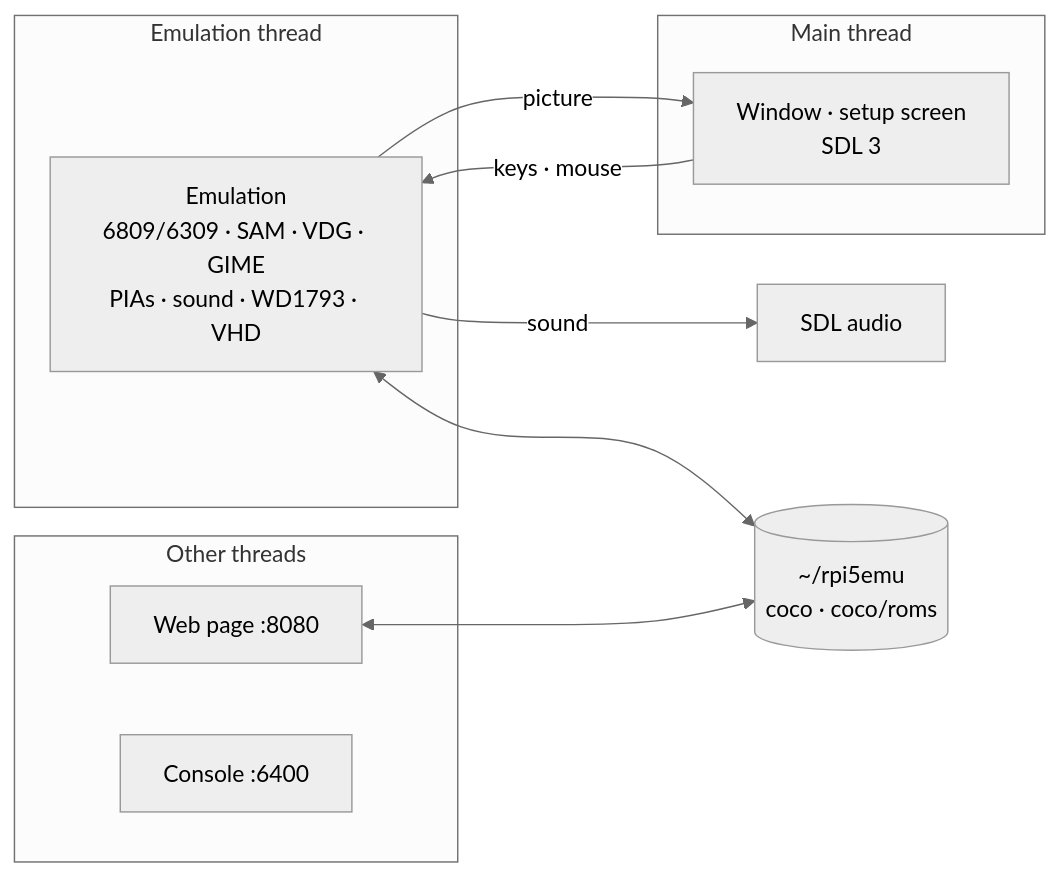
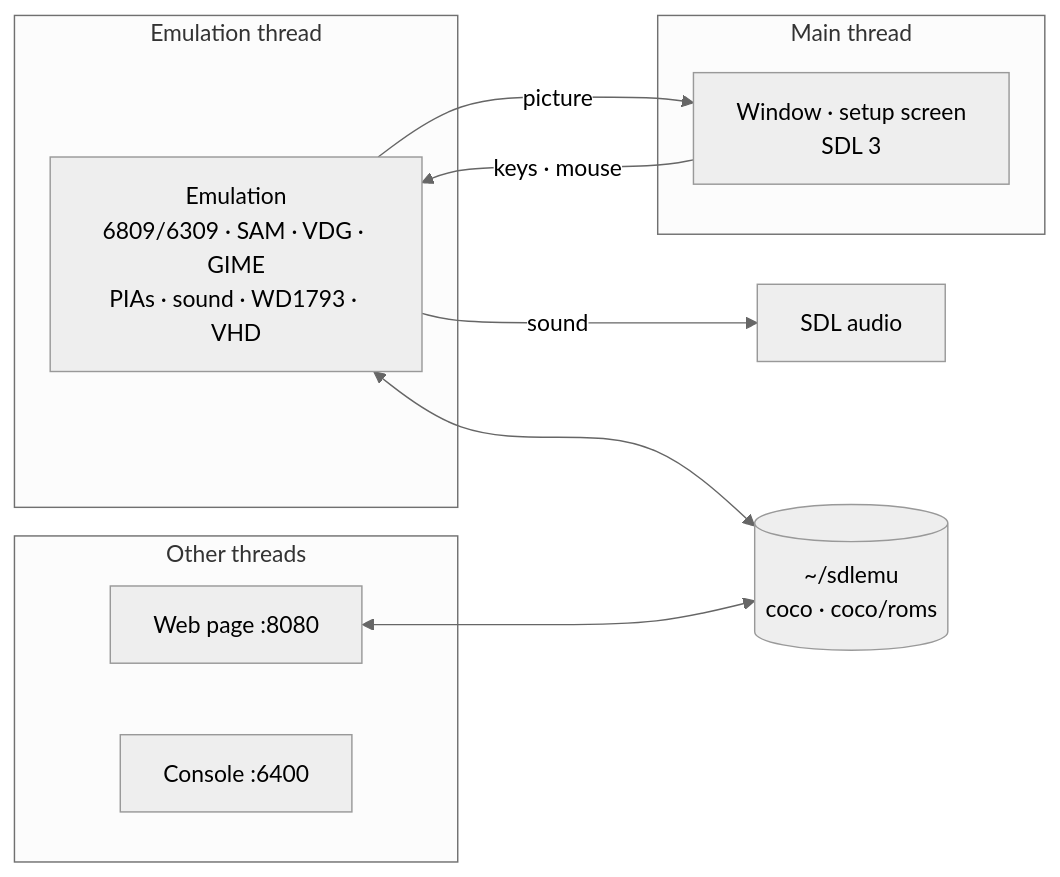
Before and after one commit to rlucencic/rpi5coco: the diagram in README.md, drawn with Mermaid (neutral theme). The commit also changed other lines of this file and 3 other files, not shown here.

````diff
--- a/README.md
+++ b/README.md
@@ -185,19 +182,19 @@
 ```mermaid
 flowchart LR
   subgraph emu [Emulation thread]
     EMU["Emulation<br>6809/6309 · SAM · VDG · GIME<br>PIAs · sound · WD1793 · VHD"]
   end
   subgraph main [Main thread]
     WIN["Window · setup screen<br>SDL 3"]
   end
   subgraph others [Other threads]
     WEB[Web page :8080]
     CON[Console :6400]
   end
   EMU -- picture --> WIN
   EMU -- sound --> SND[SDL audio]
   WIN -- keys · mouse --> EMU
-  DATA[("~/rpi5emu<br>coco · coco/roms")]
+  DATA[("~/sdlemu<br>coco · coco/roms")]
   EMU <--> DATA
   WEB <--> DATA
 ```
````
